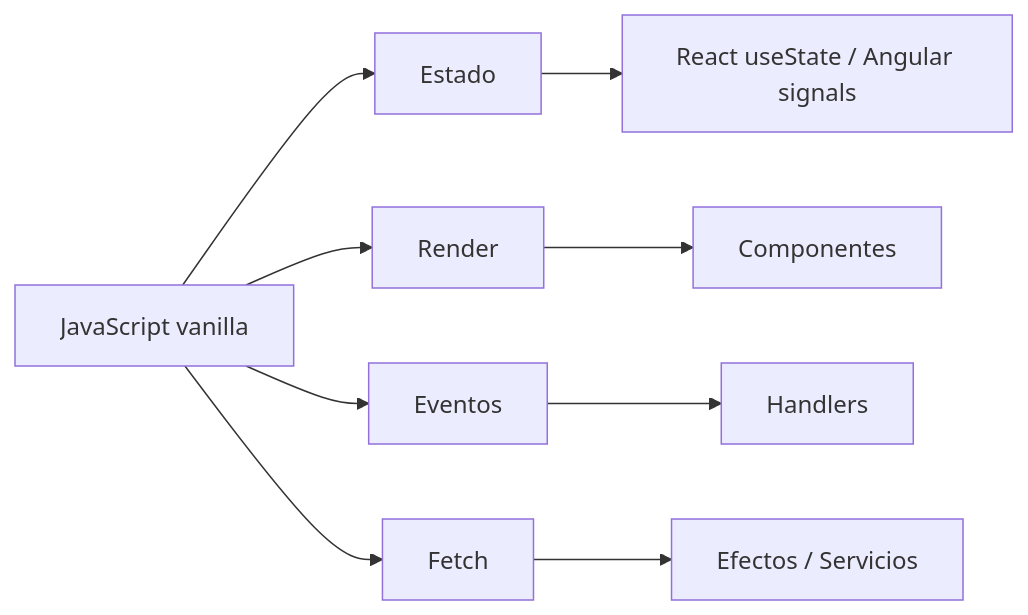
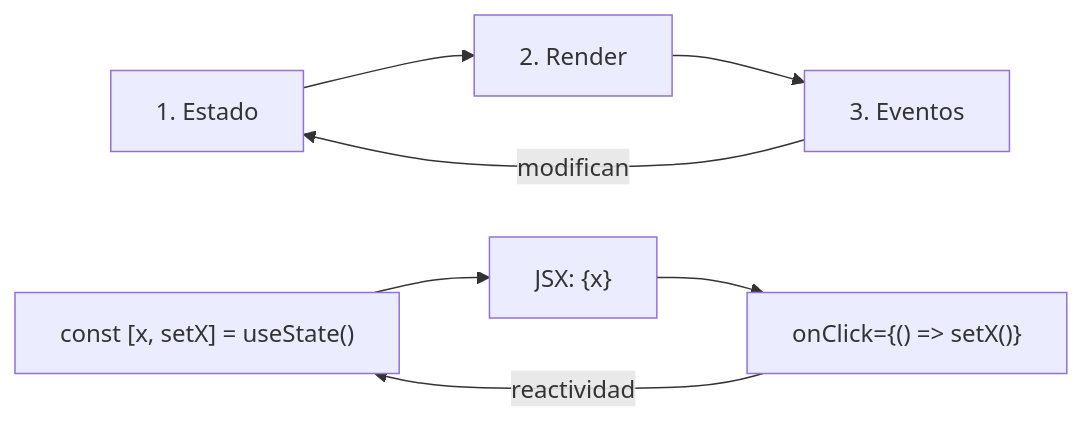
One commit to isaiasfl/ApuntesDWEC changed the second of 4 diagrams in Unidad7_Preparacion_React_Angular/20_Preparacion_React_Angular.md. Above: the diagram before and after it, drawn with Mermaid. The commit also changed other lines of this file and 3 other files, not shown here.

````diff
--- a/Unidad7_Preparacion_React_Angular/20_Preparacion_React_Angular.md
+++ b/Unidad7_Preparacion_React_Angular/20_Preparacion_React_Angular.md
@@ -153,11 +860,10 @@
 ```mermaid
 flowchart LR
-  A["JavaScript vanilla"] --> B["Estado"]
-  A --> C["Render"]
-  A --> D["Eventos"]
-  A --> E["Fetch"]
-  B --> F["React useState / Angular signals"]
-  C --> G["Componentes"]
-  D --> H["Handlers"]
-  E --> I["Efectos / Servicios"]
+  A["1. Estado"] --> B["2. Render"]
+  B --> C["3. Eventos"]
+  C -->|"modifican"| A
+
+  A1["const [x, setX] = useState()"] --> B1["JSX: {x}"]
+  B1 --> C1["onClick={() => setX()}"]
+  C1 -->|"reactividad"| A1
 ```
````
